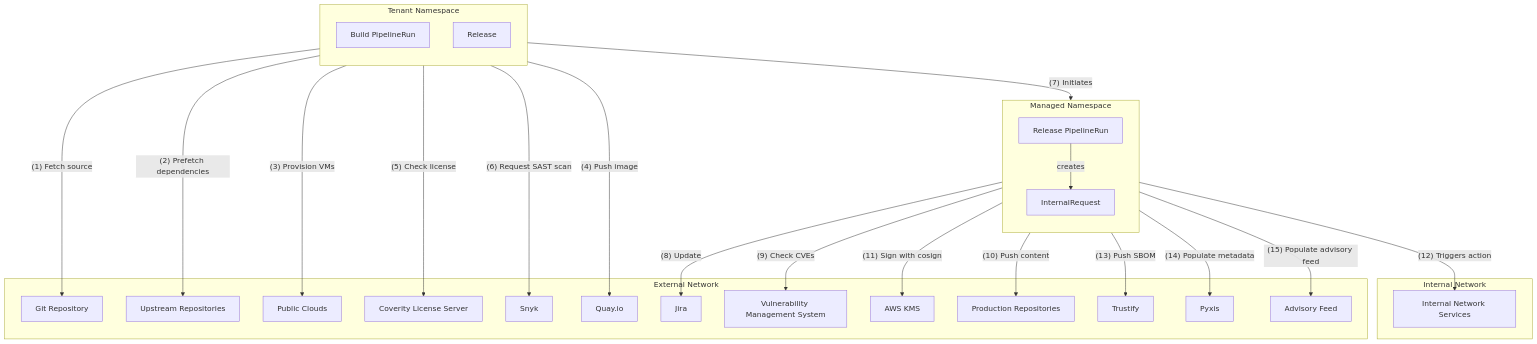
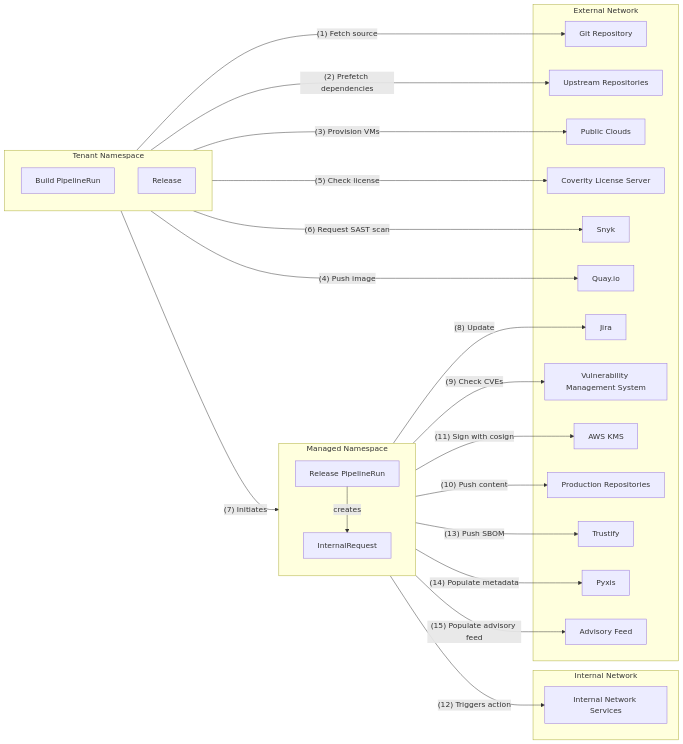
The third of 3 diagrams in architecture/index.md (konflux-ci/architecture), drawn with Mermaid before and after one commit.

Commit message:
Reorganize

````diff
--- a/architecture/index.md
+++ b/architecture/index.md
@@ -280,51 +280,51 @@
 ```mermaid
-graph TD
+graph LR
     subgraph tn[Tenant Namespace]
         direction TB
         bpr["Build PipelineRun"]
         r["Release"]
     end
 
     subgraph mn[Managed Namespace]
         direction TB
         rpr["Release PipelineRun"]
         ir["InternalRequest"]
-    end
-
-    subgraph int_net[Internal Network]
-        ins[Internal Network Services]
     end
 
     subgraph ext[External Network]
         git[Git Repository]
         upstream_repos["Upstream Repositories"]
         clouds[Public Clouds]
         coverity[Coverity License Server]
         snyk[Snyk]
         quay[Quay.io]
         jira[Jira]
         vms[Vulnerability Management System]
         awskms[AWS KMS]
         prod_repos["Production Repositories"]
         trustify[Trustify]
         pyxis[Pyxis]
         advisory_feed[Advisory Feed]
+    end
+
+    subgraph int_net[Internal Network]
+        ins[Internal Network Services]
     end
 
     bpr -- "(1) Fetch source" --> git
     bpr -- "(2) Prefetch dependencies" --> upstream_repos
     bpr -- "(3) Provision VMs" --> clouds
     bpr -- "(4) Push image" --> quay
     bpr -- "(5) Check license" --> coverity
     bpr -- "(6) Request SAST scan" --> snyk
     r -- "(7) Initiates" --> rpr
     rpr -- "(8) Update" --> jira
     rpr -- "(9) Check CVEs" --> vms
     rpr -- "(10) Push content" --> prod_repos
     rpr -- "(11) Sign with cosign" --> awskms
     rpr -- "creates" --> ir
     ir -- "(12) Triggers action" --> ins
     rpr -- "(13) Push SBOM" --> trustify
     rpr -- "(14) Populate metadata" --> pyxis
     rpr -- "(15) Populate advisory feed" --> advisory_feed
 ```
````
